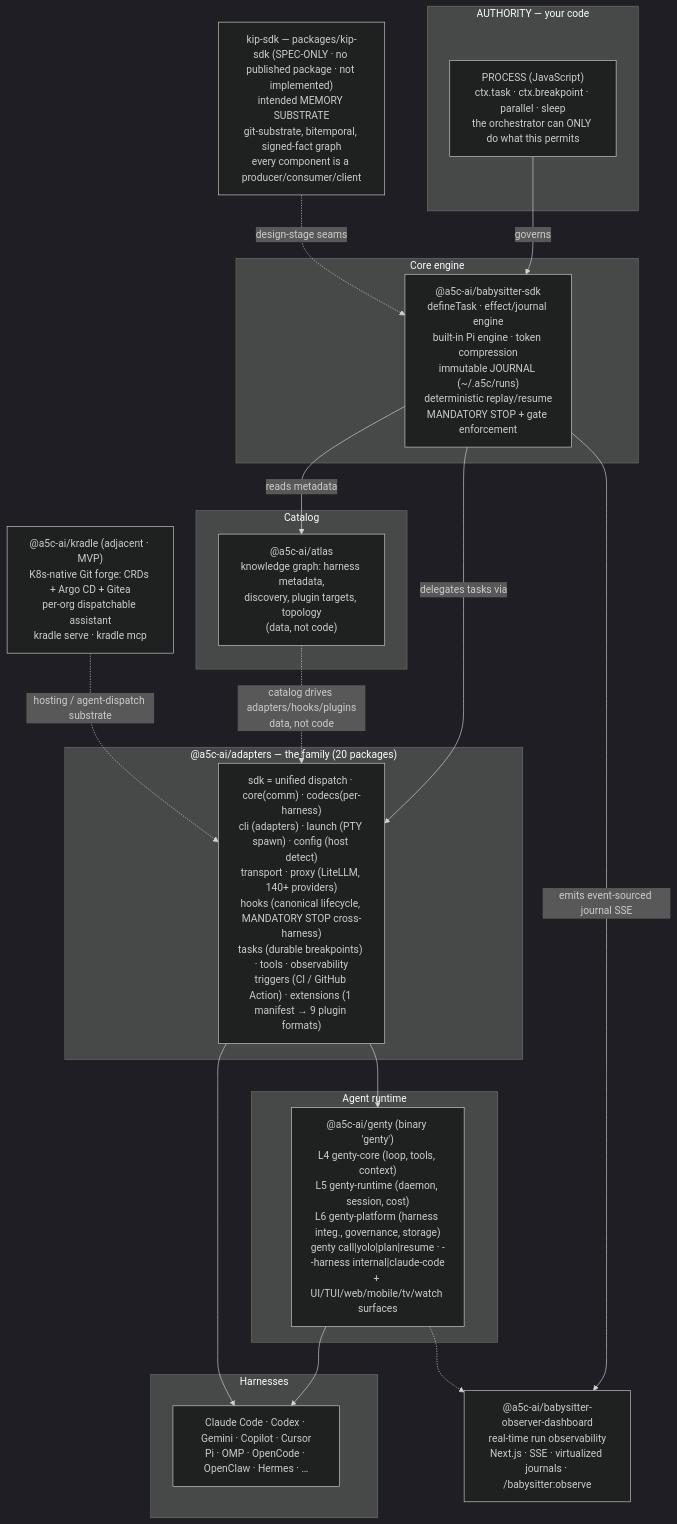
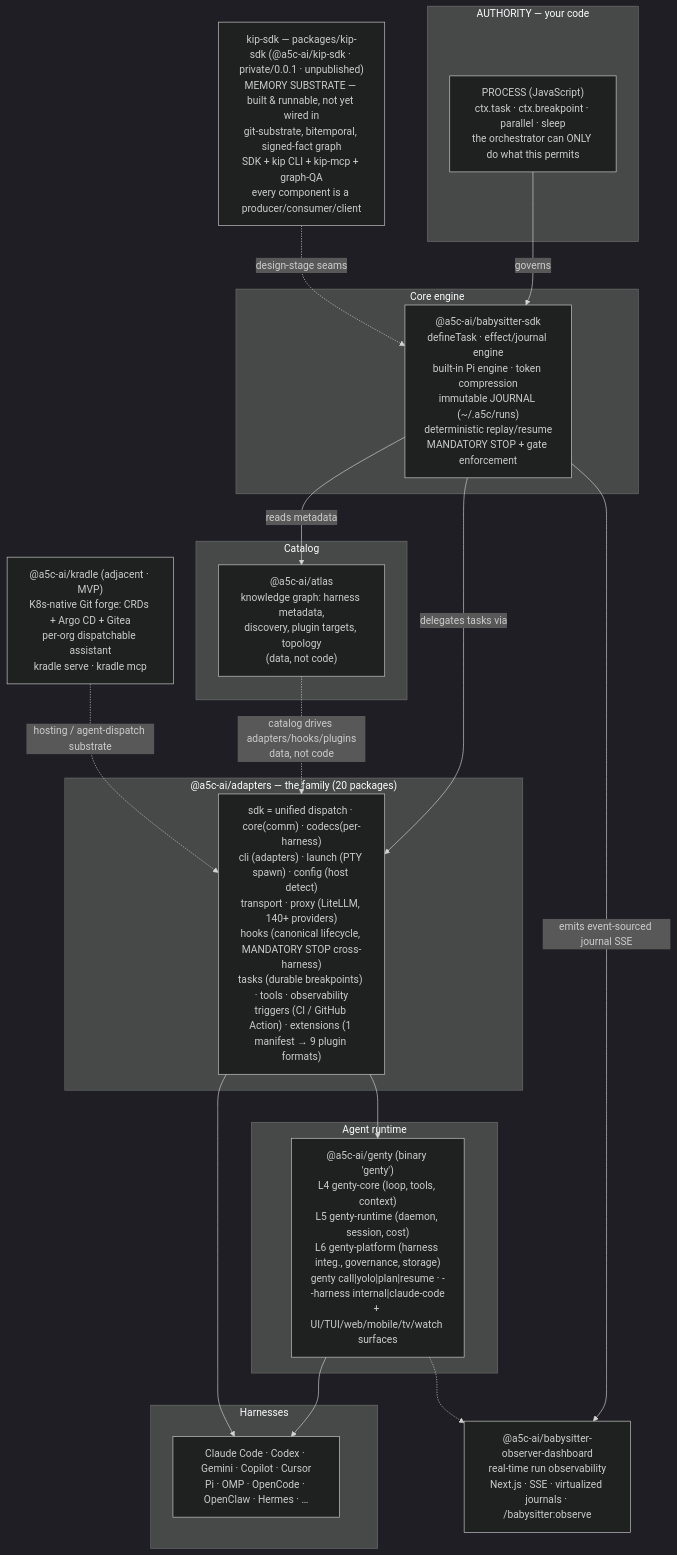
One commit to a5c-ai/babysitter changed the diagram in docs/user-guide/architecture.md. Above: the diagram before and after it, drawn with Mermaid (dark theme). The commit also changed other lines of this file and 7 other files, not shown here.

Commit message:
docs(kip-sdk): docs-integration (converged min=93, acceptance PASS)

````diff
--- a/docs/user-guide/architecture.md
+++ b/docs/user-guide/architecture.md
@@ -43,44 +43,44 @@
 ```mermaid
 flowchart TB
     subgraph Authority["AUTHORITY — your code"]
         PROC["PROCESS (JavaScript)<br/>ctx.task · ctx.breakpoint · parallel · sleep<br/>the orchestrator can ONLY do what this permits"]
     end
 
     subgraph Core["Core engine"]
         SDK["@a5c-ai/babysitter-sdk<br/>defineTask · effect/journal engine<br/>built-in Pi engine · token compression<br/>immutable JOURNAL (~/.a5c/runs)<br/>deterministic replay/resume<br/>MANDATORY STOP + gate enforcement"]
     end
 
     subgraph Catalog["Catalog"]
         ATLAS["@a5c-ai/atlas<br/>knowledge graph: harness metadata,<br/>discovery, plugin targets, topology<br/>(data, not code)"]
     end
 
     subgraph Adapters["@a5c-ai/adapters — the family (20 packages)"]
         ADP["sdk = unified dispatch · core(comm) · codecs(per-harness)<br/>cli (adapters) · launch (PTY spawn) · config (host detect)<br/>transport · proxy (LiteLLM, 140+ providers)<br/>hooks (canonical lifecycle, MANDATORY STOP cross-harness)<br/>tasks (durable breakpoints) · tools · observability<br/>triggers (CI / GitHub Action) · extensions (1 manifest → 9 plugin formats)"]
     end
 
     subgraph Runtime["Agent runtime"]
         GENTY["@a5c-ai/genty (binary 'genty')<br/>L4 genty-core (loop, tools, context)<br/>L5 genty-runtime (daemon, session, cost)<br/>L6 genty-platform (harness integ., governance, storage)<br/>genty call|yolo|plan|resume · --harness internal|claude-code<br/>+ UI/TUI/web/mobile/tv/watch surfaces"]
     end
 
     subgraph Harnesses["Harnesses"]
         HARN["Claude Code · Codex · Gemini · Copilot · Cursor<br/>Pi · OMP · OpenCode · OpenClaw · Hermes · …"]
     end
 
     OBS["@a5c-ai/babysitter-observer-dashboard<br/>real-time run observability<br/>Next.js · SSE · virtualized journals · /babysitter:observe"]
 
     KRADLE["@a5c-ai/kradle (adjacent · MVP)<br/>K8s-native Git forge: CRDs + Argo CD + Gitea<br/>per-org dispatchable assistant<br/>kradle serve · kradle mcp"]
 
-    KIP["kip-sdk — packages/kip-sdk (SPEC-ONLY · no published package · not implemented)<br/>intended MEMORY SUBSTRATE<br/>git-substrate, bitemporal, signed-fact graph<br/>every component is a producer/consumer/client"]
+    KIP["kip-sdk — packages/kip-sdk (@a5c-ai/kip-sdk · private/0.0.1 · unpublished)<br/>MEMORY SUBSTRATE — built & runnable, not yet wired in<br/>git-substrate, bitemporal, signed-fact graph<br/>SDK + kip CLI + kip-mcp + graph-QA<br/>every component is a producer/consumer/client"]
 
     PROC -->|governs| SDK
     SDK -->|reads metadata| ATLAS
     SDK -->|delegates tasks via| ADP
     ATLAS -.->|catalog drives adapters/hooks/plugins<br/>data, not code| ADP
     ADP --> GENTY
     GENTY --> HARN
     ADP --> HARN
     SDK -->|emits event-sourced journal SSE| OBS
     GENTY -.-> OBS
     KRADLE -.->|hosting / agent-dispatch substrate| ADP
     KIP -.->|design-stage seams| SDK
 ```
````
